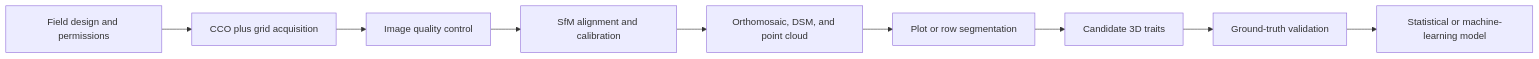
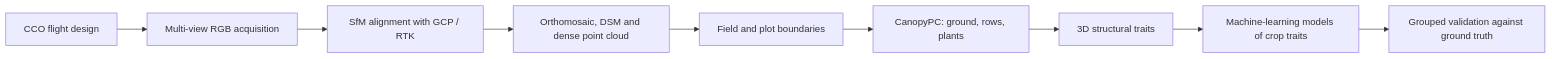
Before and after one commit to smiler488/smiler488.github.io: the diagram in blog/2024-07-07-uav-3d-crop-phenotyping.md, drawn with Mermaid. The commit also changed other lines of this file and 38 other files, not shown here.

````diff
--- a/blog/2024-07-07-uav-3d-crop-phenotyping.md
+++ b/blog/2024-07-07-uav-3d-crop-phenotyping.md
@@ -20,11 +22,11 @@
 ```mermaid
 flowchart LR
-  A[Field design and permissions] --> B[CCO plus grid acquisition]
-  B --> C[Image quality control]
-  C --> D[SfM alignment and calibration]
-  D --> E[Orthomosaic, DSM, and point cloud]
-  E --> F[Plot or row segmentation]
-  F --> G[Candidate 3D traits]
-  G --> H[Ground-truth validation]
-  H --> I[Statistical or machine-learning model]
+  A[CCO flight design] --> B[Multi-view RGB acquisition]
+  B --> C[SfM alignment with GCP / RTK]
+  C --> D[Orthomosaic, DSM and dense point cloud]
+  D --> E[Field and plot boundaries]
+  E --> F[CanopyPC: ground, rows, plants]
+  F --> G[3D structural traits]
+  G --> H[Machine-learning models of crop traits]
+  H --> I[Grouped validation against ground truth]
 ```
````
